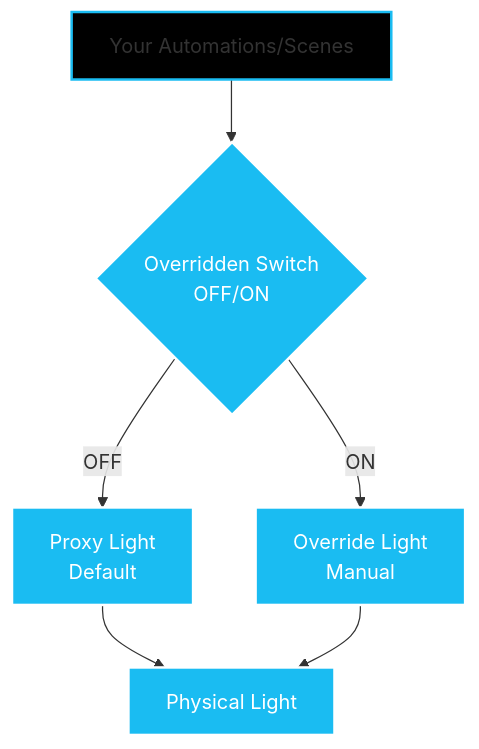
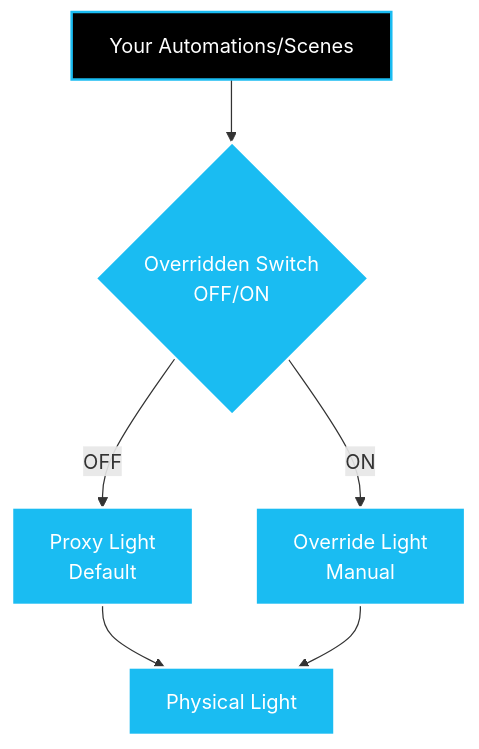
Before and after one commit to bartkummel/mitmili: the diagram in README.md, drawn with Mermaid. The commit also changed 1 other file, not shown here.

Commit message:
Make Mermaid diagram better readable

````diff
--- a/README.md
+++ b/README.md
@@ -79,14 +79,14 @@
 ```mermaid
 flowchart TD
     A[Your Automations/Scenes] --> B{Overridden Switch<br/>OFF/ON}
     B -->|OFF| C[Proxy Light<br/>Default]
     B -->|ON| D[Override Light<br/>Manual]
     C --> E[Physical Light]
     D --> E
 
-    style A fill:#000,stroke:#1ABCF2,stroke-width:2px
+    style A fill:#000000,color:#fff,stroke:#1ABCF2,stroke-width:2px
     style B fill:#1ABCF2,color:#fff,stroke:#fff,stroke-width:2px
     style C fill:#1ABCF2,color:#fff,stroke:#fff,stroke-width:2px
     style D fill:#1ABCF2,color:#fff,stroke:#fff,stroke-width:2px
     style E fill:#1ABCF2,color:#fff,stroke:#fff,stroke-width:2px
 ```
````
